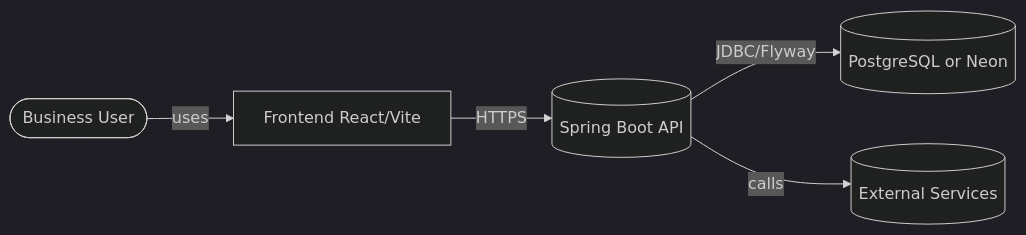
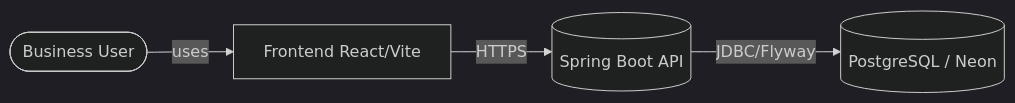
The first of 2 diagrams in docs/architecture/system/overview.md (Keglev/stockease), drawn with Mermaid (dark theme) before and after one commit. The commit also changed other lines of this file and 45 other files, not shown here.

Commit message:
refactored and reviewed all architecture docs; fix broken links in .html file for displaying the docs

````diff
--- a/docs/architecture/system/overview.md
+++ b/docs/architecture/system/overview.md
@@ -31,7 +21,6 @@
 ```mermaid
 graph LR
   User([Business User]) -->|uses| Frontend[Frontend React/Vite]
   Frontend -->|HTTPS| API[(Spring Boot API)]
-  API -->|JDBC/Flyway| DB[(PostgreSQL or Neon)]
-  API -->|calls| External[(External Services)]
+  API -->|JDBC/Flyway| DB[(PostgreSQL / Neon)]
 ```
````
